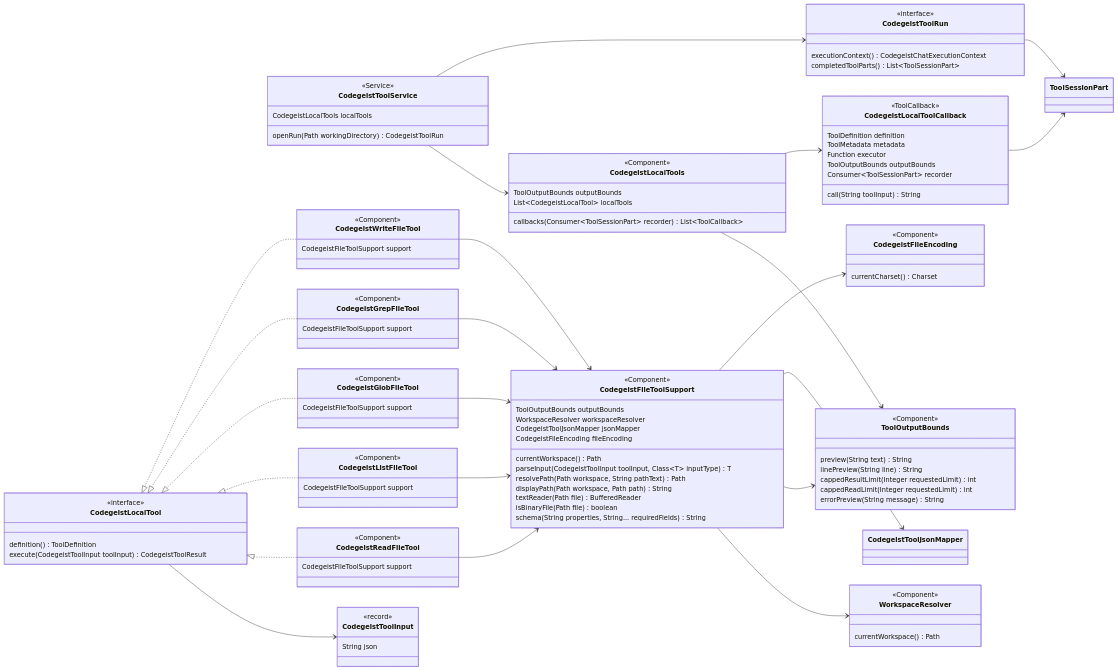
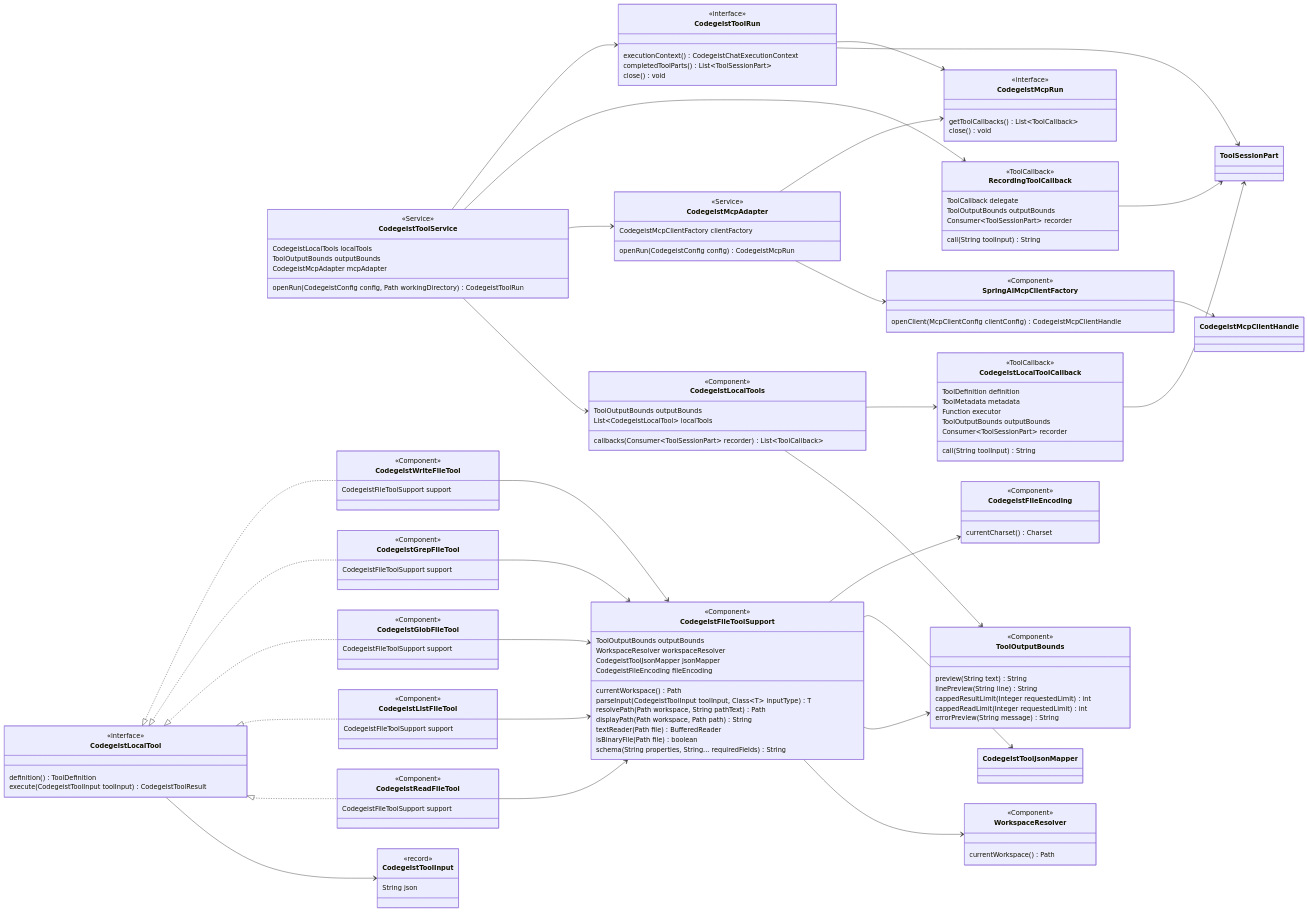
The first of 5 diagrams in docs/developer/architecture/local-file-tools.md (codegeist-ai/codegeist), drawn with Mermaid before and after one commit. The commit also changed other lines of this file and 55 other files, not shown here.

First line of the commit message:
feat(mcp): add remote MCP callback bridge

```diff
--- a/docs/developer/architecture/local-file-tools.md
+++ b/docs/developer/architecture/local-file-tools.md
@@ -84,13 +103,41 @@
       <<Service>>
       <<RequiredArgsConstructor>>
       CodegeistLocalTools localTools
-      openRun(Path workingDirectory) CodegeistToolRun
+      ToolOutputBounds outputBounds
+      CodegeistMcpAdapter mcpAdapter
+      openRun(CodegeistConfig config, Path workingDirectory) CodegeistToolRun
     }
 
     class CodegeistToolRun {
       <<interface>>
       executionContext() CodegeistChatExecutionContext
       completedToolParts() List~ToolSessionPart~
+      close() void
+    }
+
+    class CodegeistMcpAdapter {
+      <<Service>>
+      CodegeistMcpClientFactory clientFactory
+      openRun(CodegeistConfig config) CodegeistMcpRun
+    }
+
+    class CodegeistMcpRun {
+      <<interface>>
+      getToolCallbacks() List~ToolCallback~
+      close() void
+    }
+
+    class SpringAiMcpClientFactory {
+      <<Component>>
+      openClient(McpClientConfig clientConfig) CodegeistMcpClientHandle
+    }
+
+    class RecordingToolCallback {
+      <<ToolCallback>>
+      ToolCallback delegate
+      ToolOutputBounds outputBounds
+      Consumer~ToolSessionPart~ recorder
+      call(String toolInput) String
     }
 
     class CodegeistLocalTools {
@@ -182,8 +229,15 @@
     }
 
     CodegeistToolService --> CodegeistLocalTools
+    CodegeistToolService --> CodegeistMcpAdapter
+    CodegeistToolService --> RecordingToolCallback
     CodegeistToolService --> CodegeistToolRun
     CodegeistToolRun --> ToolSessionPart
+    CodegeistToolRun --> CodegeistMcpRun
+    CodegeistMcpAdapter --> SpringAiMcpClientFactory
+    CodegeistMcpAdapter --> CodegeistMcpRun
+    SpringAiMcpClientFactory --> CodegeistMcpClientHandle
+    RecordingToolCallback --> ToolSessionPart
     CodegeistLocalTools --> ToolOutputBounds
     CodegeistLocalTools --> CodegeistLocalToolCallback
     CodegeistLocalTool --> CodegeistToolInput
```
